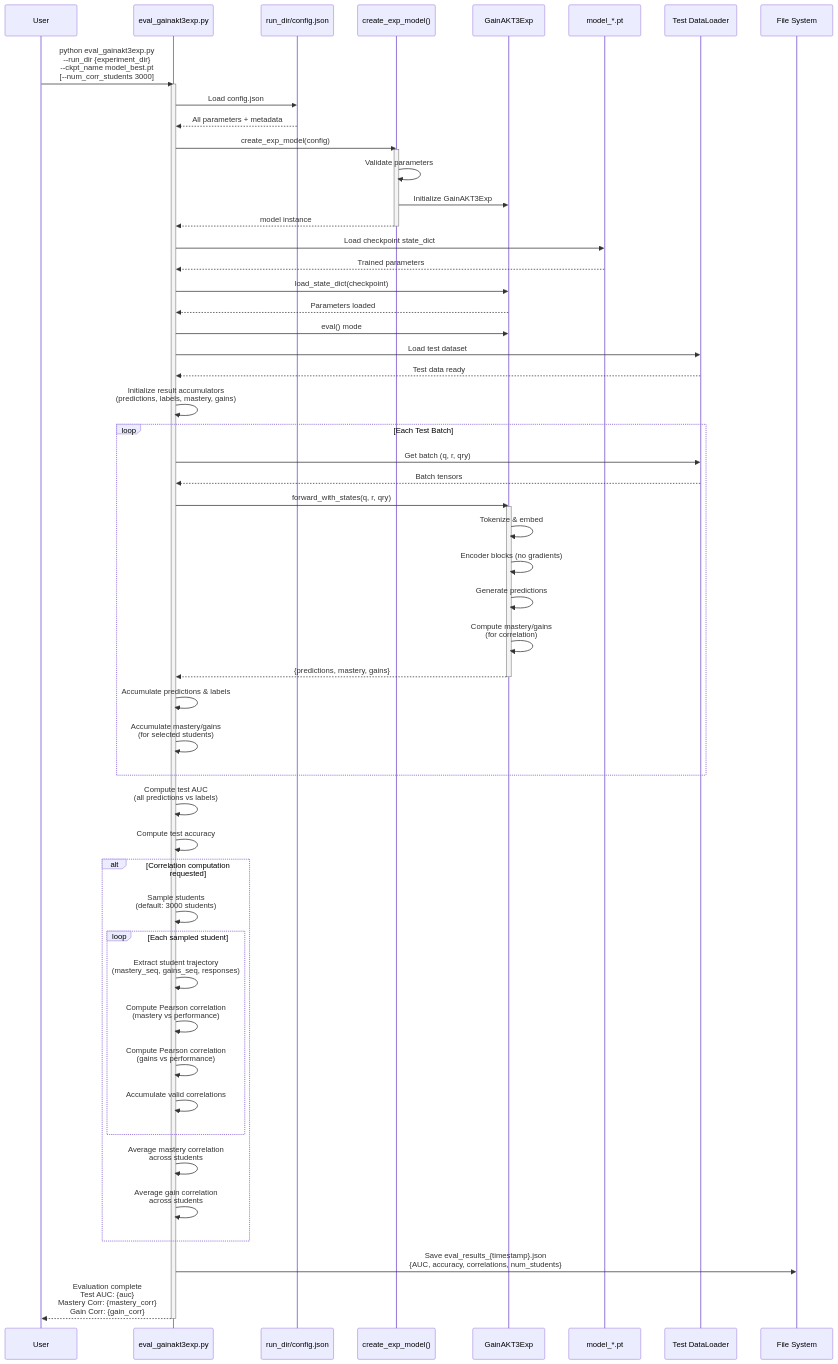
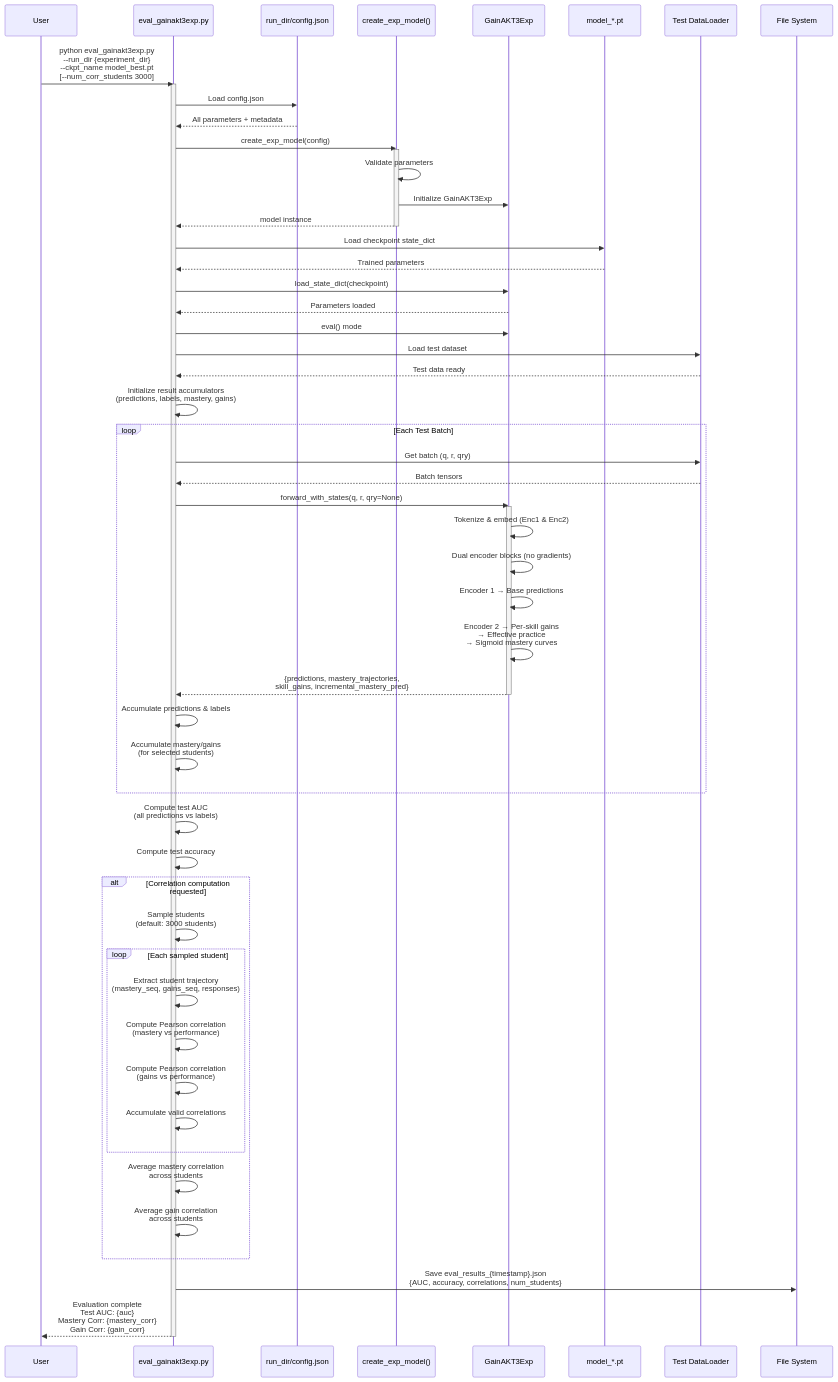
One commit to clabra/pykt-toolkit changed the third of 5 diagrams in assistant/gainakt3exp_architecture_diagrams.md. Above: the diagram before and after it, drawn with Mermaid. The commit also changed other lines of this file and 93 other files, not shown here.

````diff
--- a/assistant/gainakt3exp_architecture_diagrams.md
+++ b/assistant/gainakt3exp_architecture_diagrams.md
@@ -375,74 +417,74 @@
 ```mermaid
 sequenceDiagram
     participant User
     participant EvalScript as eval_gainakt3exp.py
     participant Config as run_dir/config.json
     participant Factory as create_exp_model()
     participant Model as GainAKT3Exp
     participant Checkpoint as model_*.pt
     participant Data as Test DataLoader
     participant Disk as File System
     
     User->>EvalScript: python eval_gainakt3exp.py<br/>--run_dir {experiment_dir}<br/>--ckpt_name model_best.pt<br/>[--num_corr_students 3000]
     
     activate EvalScript
     EvalScript->>Config: Load config.json
     Config-->>EvalScript: All parameters + metadata
     
     EvalScript->>Factory: create_exp_model(config)
     activate Factory
     Factory->>Factory: Validate parameters
     Factory->>Model: Initialize GainAKT3Exp
     Factory-->>EvalScript: model instance
     deactivate Factory
     
     EvalScript->>Checkpoint: Load checkpoint state_dict
     Checkpoint-->>EvalScript: Trained parameters
     EvalScript->>Model: load_state_dict(checkpoint)
     Model-->>EvalScript: Parameters loaded
     
     EvalScript->>Model: eval() mode
     EvalScript->>Data: Load test dataset
     Data-->>EvalScript: Test data ready
     
     EvalScript->>EvalScript: Initialize result accumulators<br/>(predictions, labels, mastery, gains)
     
     loop Each Test Batch
         EvalScript->>Data: Get batch (q, r, qry)
         Data-->>EvalScript: Batch tensors
         
-        EvalScript->>Model: forward_with_states(q, r, qry)
+        EvalScript->>Model: forward_with_states(q, r, qry=None)
         activate Model
-        Model->>Model: Tokenize & embed
-        Model->>Model: Encoder blocks (no gradients)
-        Model->>Model: Generate predictions
-        Model->>Model: Compute mastery/gains<br/>(for correlation)
-        Model-->>EvalScript: {predictions, mastery, gains}
+        Model->>Model: Tokenize & embed (Enc1 & Enc2)
+        Model->>Model: Dual encoder blocks (no gradients)
+        Model->>Model: Encoder 1 → Base predictions
+        Model->>Model: Encoder 2 → Per-skill gains<br/>→ Effective practice<br/>→ Sigmoid mastery curves
+        Model-->>EvalScript: {predictions, mastery_trajectories,<br/>skill_gains, incremental_mastery_pred}
         deactivate Model
         
         EvalScript->>EvalScript: Accumulate predictions & labels
         EvalScript->>EvalScript: Accumulate mastery/gains<br/>(for selected students)
     end
     
     EvalScript->>EvalScript: Compute test AUC<br/>(all predictions vs labels)
     EvalScript->>EvalScript: Compute test accuracy
     
     alt Correlation computation requested
         EvalScript->>EvalScript: Sample students<br/>(default: 3000 students)
         
         loop Each sampled student
             EvalScript->>EvalScript: Extract student trajectory<br/>(mastery_seq, gains_seq, responses)
             EvalScript->>EvalScript: Compute Pearson correlation<br/>(mastery vs performance)
             EvalScript->>EvalScript: Compute Pearson correlation<br/>(gains vs performance)
             EvalScript->>EvalScript: Accumulate valid correlations
         end
         
         EvalScript->>EvalScript: Average mastery correlation<br/>across students
         EvalScript->>EvalScript: Average gain correlation<br/>across students
     end
     
     EvalScript->>Disk: Save eval_results_{timestamp}.json<br/>{AUC, accuracy, correlations, num_students}
     
     EvalScript-->>User: Evaluation complete<br/>Test AUC: {auc}<br/>Mastery Corr: {mastery_corr}<br/>Gain Corr: {gain_corr}
     deactivate EvalScript
 ```
````
